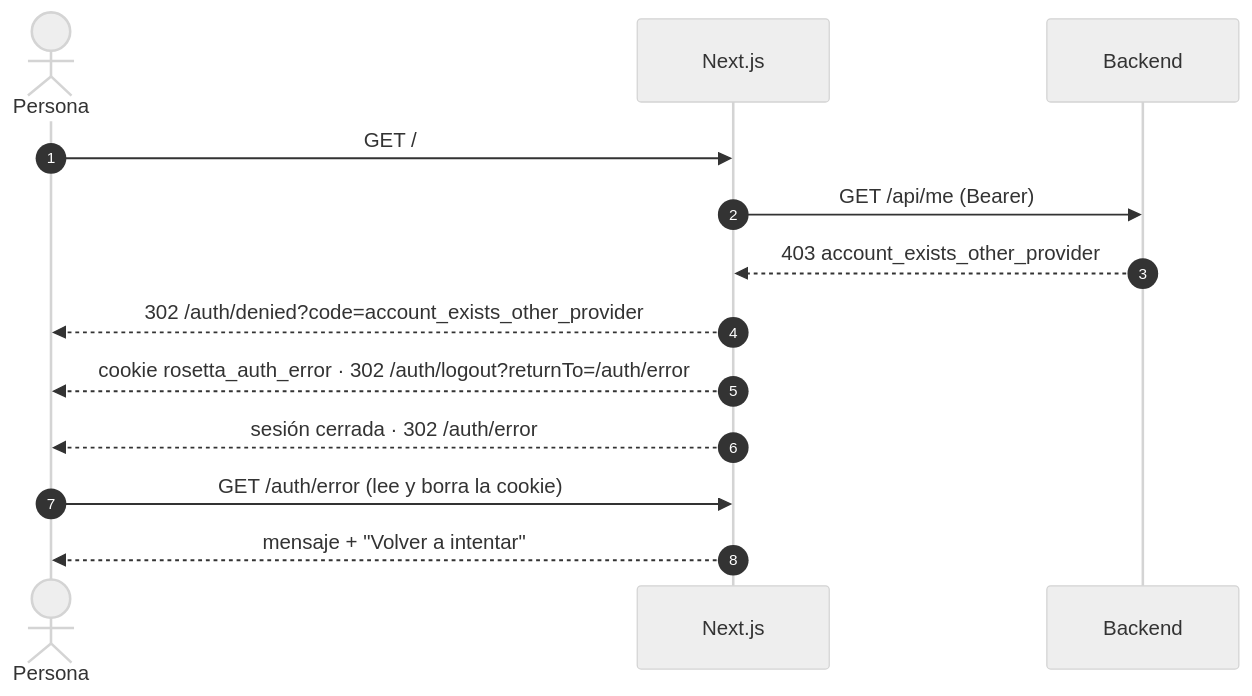
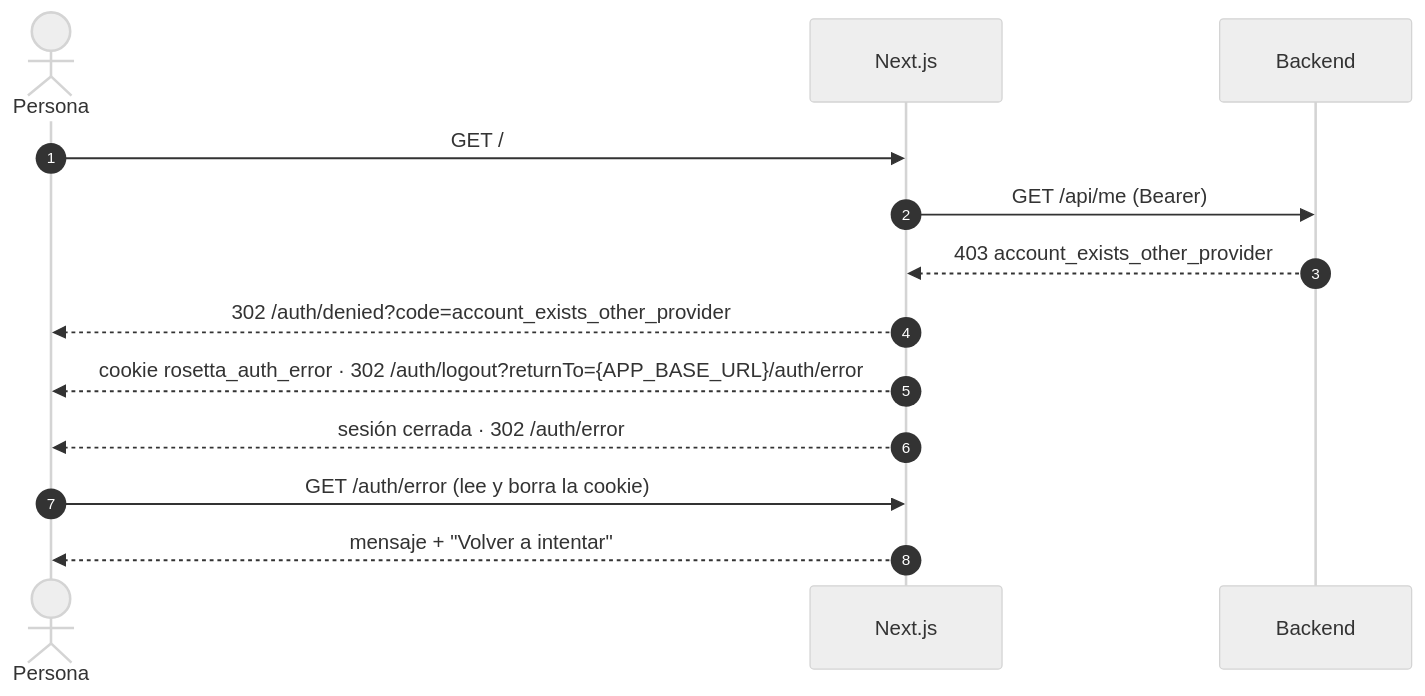
The second of 3 diagrams in specs/002-autenticacion-oauth/contracts/auth-flow.md (riverbonilla1504/rosseta-project), drawn with Mermaid (neutral theme) before and after one commit. The commit also changed other lines of this file and 6 other files, not shown here.

````diff
--- a/specs/002-autenticacion-oauth/contracts/auth-flow.md
+++ b/specs/002-autenticacion-oauth/contracts/auth-flow.md
@@ -143,15 +143,15 @@
 ```mermaid
 sequenceDiagram
     autonumber
     actor U as Persona
     participant F as Next.js
     participant D as Backend
     U->>F: GET /
     F->>D: GET /api/me (Bearer)
     D-->>F: 403 account_exists_other_provider
     F-->>U: 302 /auth/denied?code=account_exists_other_provider
-    F-->>U: cookie rosetta_auth_error · 302 /auth/logout?returnTo=/auth/error
+    F-->>U: cookie rosetta_auth_error · 302 /auth/logout?returnTo={APP_BASE_URL}/auth/error
     F-->>U: sesión cerrada · 302 /auth/error
     U->>F: GET /auth/error (lee y borra la cookie)
     F-->>U: mensaje + "Volver a intentar"
 ```
````
